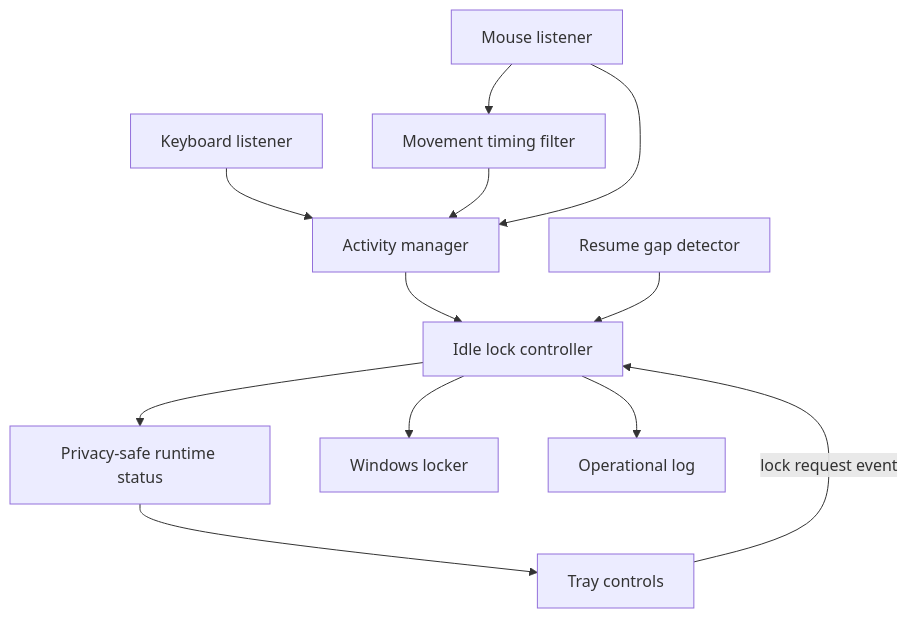
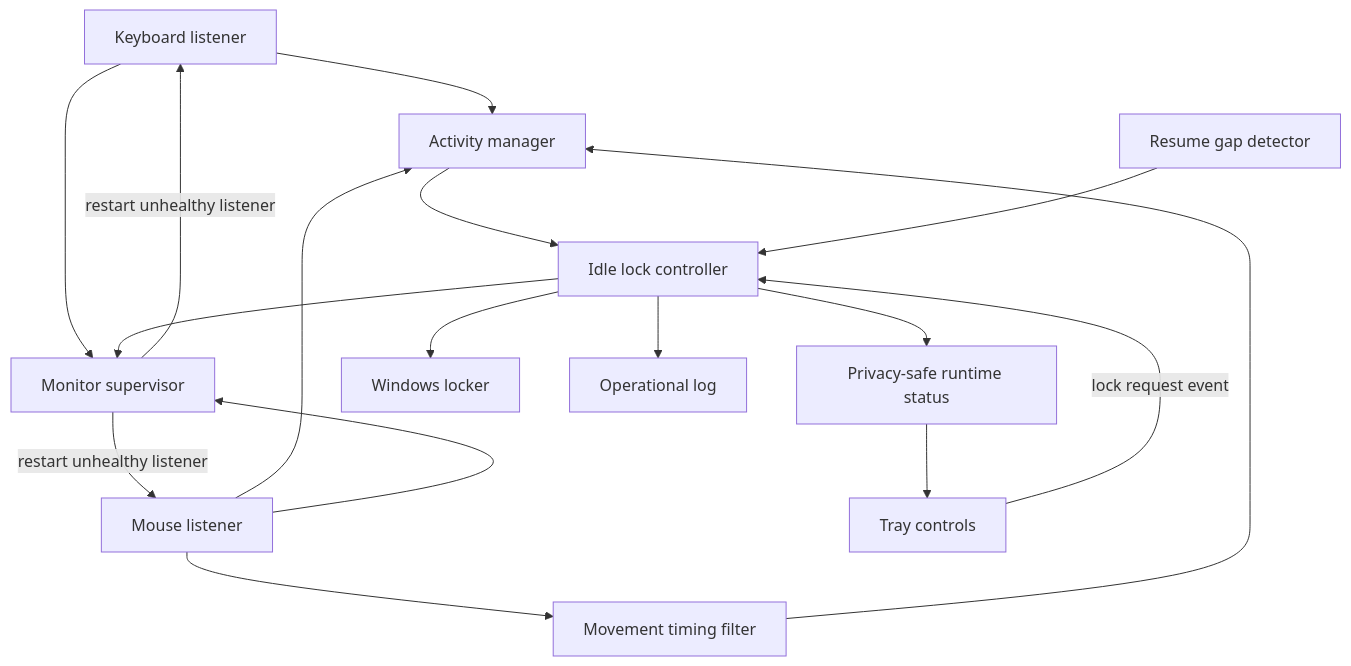
The diagram in docs/ARCHITECTURE.md (dev-collaboration-hub/sentinel-lock), drawn with Mermaid before and after one commit. The commit also changed other lines of this file, not shown here.

Commit message:
Integrate M6 reliability architecture

````diff
--- a/docs/ARCHITECTURE.md
+++ b/docs/ARCHITECTURE.md
@@ -19,14 +19,19 @@
 ```mermaid
 flowchart TD
     K["Keyboard listener"] --> A["Activity manager"]
     M["Mouse listener"] --> F["Movement timing filter"]
     F --> A
     M --> A
+    K --> H["Monitor supervisor"]
+    M --> H
+    H -->|restart unhealthy listener| K
+    H -->|restart unhealthy listener| M
     A --> C["Idle lock controller"]
+    C --> H
     R["Resume gap detector"] --> C
     T["Tray controls"] -->|lock request event| C
     C --> S["Privacy-safe runtime status"]
     S --> T
     C --> L["Windows locker"]
     C --> O["Operational log"]
 ```
````
